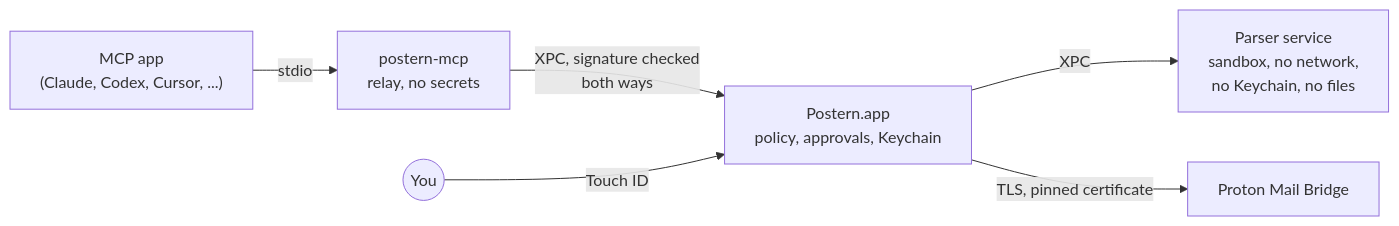
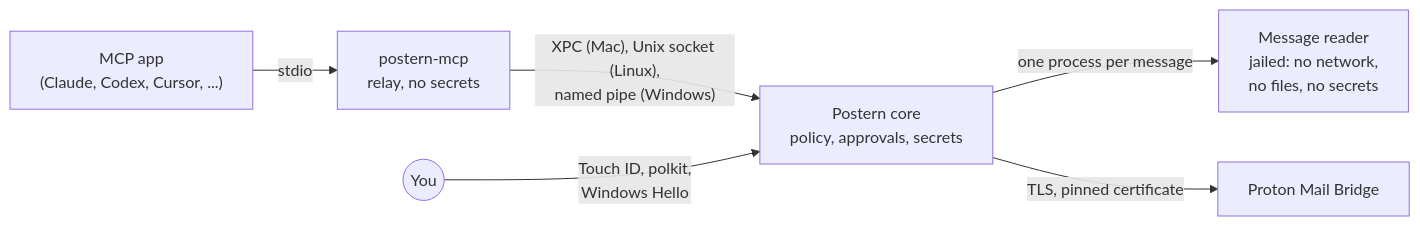
Before and after one commit to ruben4reall/postern: the diagram in README.md, drawn with Mermaid. The commit also changed other lines of this file and 30 other files, not shown here.

````diff
--- a/README.md
+++ b/README.md
@@ -353,8 +390,8 @@
 ```mermaid
 flowchart LR
     client["MCP app<br>(Claude, Codex, Cursor, ...)"] -- "stdio" --> relay["postern-mcp<br>relay, no secrets"]
-    relay -- "XPC, signature checked<br>both ways" --> core["Postern.app<br>policy, approvals, Keychain"]
-    core -- "XPC" --> parser["Parser service<br>sandbox, no network,<br>no Keychain, no files"]
+    relay -- "XPC (Mac), Unix socket (Linux),<br>named pipe (Windows)" --> core["Postern core<br>policy, approvals, secrets"]
+    core -- "one process per message" --> parser["Message reader<br>jailed: no network,<br>no files, no secrets"]
     core -- "TLS, pinned certificate" --> bridge["Proton Mail Bridge"]
-    you(("You")) -- "Touch ID" --> core
+    you(("You")) -- "Touch ID, polkit,<br>Windows Hello" --> core
 ```
````
